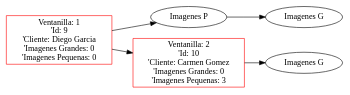
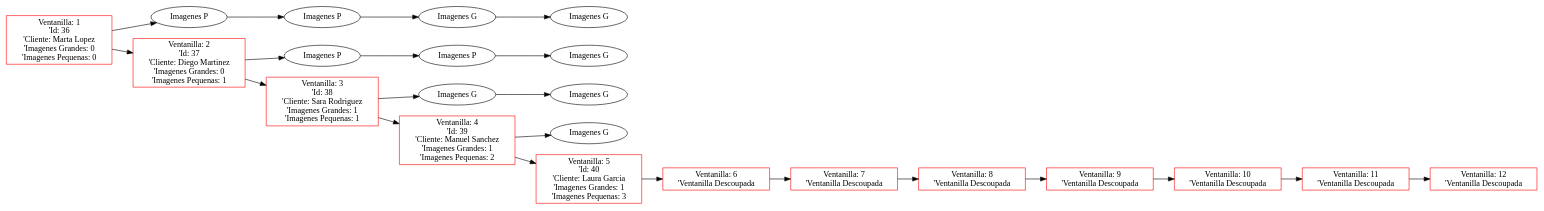
Before and after one commit to FranklinONP/EDD_PROYECTO_202200089: the diagram in Proyecto1/Proyecto1_202200089/Pruebas/PJ/Ventanilla.dot, drawn with Graphviz. The commit also changed 18 other files, not shown here.

```diff
--- a/Proyecto1/Proyecto1_202200089/Pruebas/PJ/Ventanilla.dot
+++ b/Proyecto1/Proyecto1_202200089/Pruebas/PJ/Ventanilla.dot
@@ -1,12 +1,46 @@
  digraph G {
  rankdir=LR;
- node0 [label="Ventanilla: 1\n'Id: 9\n'Cliente: Diego Garcia\n'Imagenes Grandes: 0\n'Imagenes Pequenas: 0", color="red", shape="rectangle"];
+ node0 [label="Ventanilla: 1\n'Id: 36\n'Cliente: Marta Lopez\n'Imagenes Grandes: 0\n'Imagenes Pequenas: 0", color="red", shape="rectangle"];
  element00 [label="Imagenes P", shape="ellipse"];
  node0 -> element00 [dir="forward"];
  element00 -> element01 [dir="forward"];
- element01 [label="Imagenes G", shape="ellipse"];
- node1 [label="Ventanilla: 2\n'Id: 10\n'Cliente: Carmen Gomez\n'Imagenes Grandes: 0\n'Imagenes Pequenas: 3", color="red", shape="rectangle"];
- element10 [label="Imagenes G", shape="ellipse"];
+ element01 [label="Imagenes P", shape="ellipse"];
+ element01 -> element02 [dir="forward"];
+ element02 [label="Imagenes G", shape="ellipse"];
+ element02 -> element03 [dir="forward"];
+ element03 [label="Imagenes G", shape="ellipse"];
+ node1 [label="Ventanilla: 2\n'Id: 37\n'Cliente: Diego Martinez\n'Imagenes Grandes: 0\n'Imagenes Pequenas: 1", color="red", shape="rectangle"];
+ element10 [label="Imagenes P", shape="ellipse"];
  node1 -> element10 [dir="forward"];
+ element10 -> element11 [dir="forward"];
+ element11 [label="Imagenes P", shape="ellipse"];
+ element11 -> element12 [dir="forward"];
+ element12 [label="Imagenes G", shape="ellipse"];
  node0 -> node1 [dir="forward"];
+ node2 [label="Ventanilla: 3\n'Id: 38\n'Cliente: Sara Rodriguez\n'Imagenes Grandes: 1\n'Imagenes Pequenas: 1", color="red", shape="rectangle"];
+ element20 [label="Imagenes G", shape="ellipse"];
+ node2 -> element20 [dir="forward"];
+ element20 -> element21 [dir="forward"];
+ element21 [label="Imagenes G", shape="ellipse"];
+ node1 -> node2 [dir="forward"];
+ node3 [label="Ventanilla: 4\n'Id: 39\n'Cliente: Manuel Sanchez\n'Imagenes Grandes: 1\n'Imagenes Pequenas: 2", color="red", shape="rectangle"];
+ element30 [label="Imagenes G", shape="ellipse"];
+ node3 -> element30 [dir="forward"];
+ node2 -> node3 [dir="forward"];
+ node4 [label="Ventanilla: 5\n'Id: 40\n'Cliente: Laura Garcia\n'Imagenes Grandes: 1\n'Imagenes Pequenas: 3", color="red", shape="rectangle"];
+ node3 -> node4 [dir="forward"];
+ node5 [label="Ventanilla: 6\n'Ventanilla Descoupada", color="red", shape="rectangle"];
+ node4 -> node5 [dir="forward"];
+ node6 [label="Ventanilla: 7\n'Ventanilla Descoupada", color="red", shape="rectangle"];
+ node5 -> node6 [dir="forward"];
+ node7 [label="Ventanilla: 8\n'Ventanilla Descoupada", color="red", shape="rectangle"];
+ node6 -> node7 [dir="forward"];
+ node8 [label="Ventanilla: 9\n'Ventanilla Descoupada", color="red", shape="rectangle"];
+ node7 -> node8 [dir="forward"];
+ node9 [label="Ventanilla: 10\n'Ventanilla Descoupada", color="red", shape="rectangle"];
+ node8 -> node9 [dir="forward"];
+ node10 [label="Ventanilla: 11\n'Ventanilla Descoupada", color="red", shape="rectangle"];
+ node9 -> node10 [dir="forward"];
+ node11 [label="Ventanilla: 12\n'Ventanilla Descoupada", color="red", shape="rectangle"];
+ node10 -> node11 [dir="forward"];
  }
```
